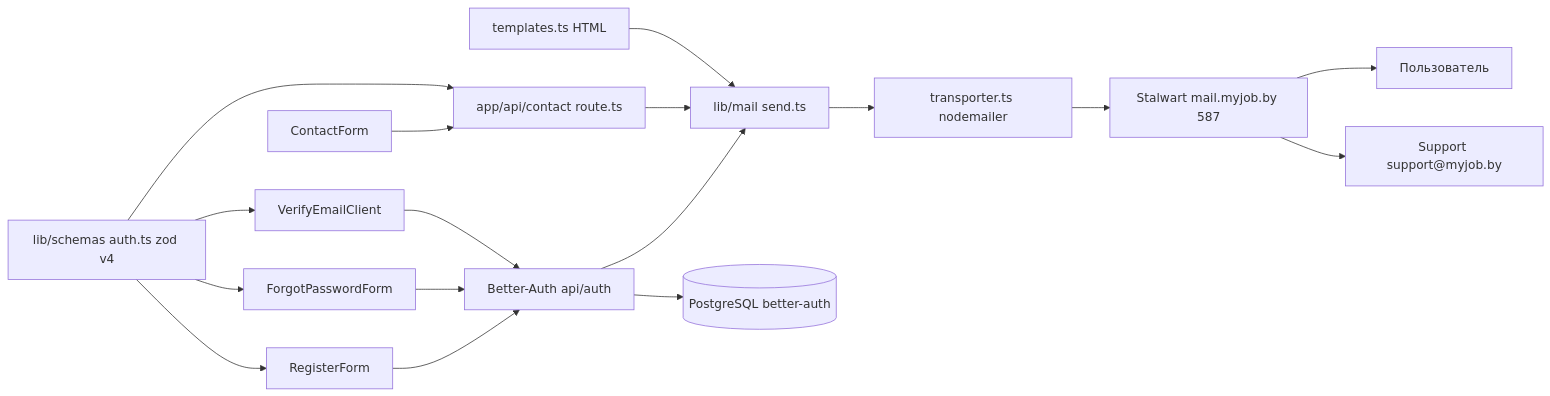
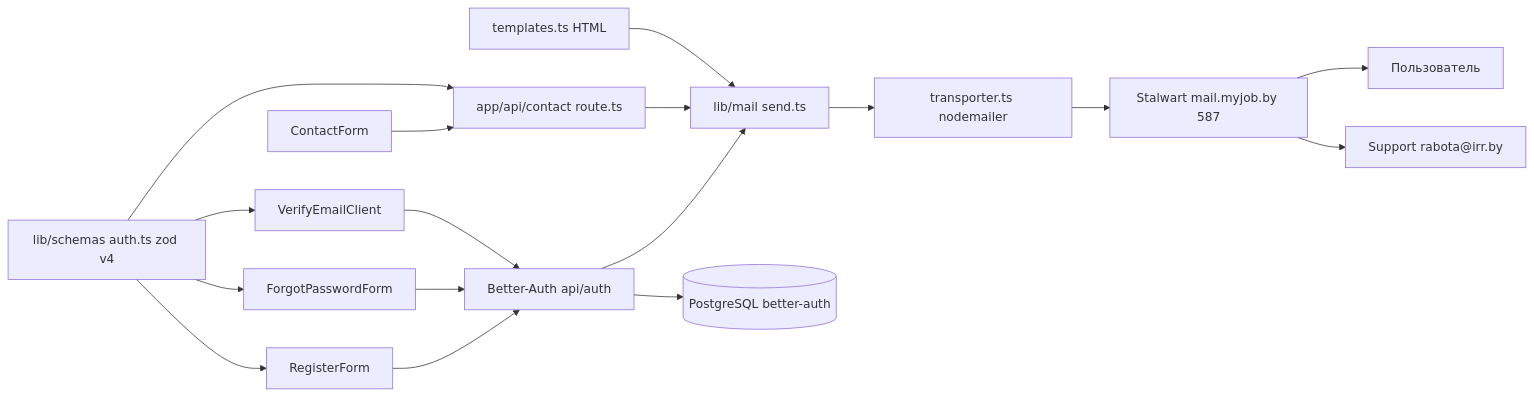
The diagram in plans/email-smtp-forms-plan.md (SebastianoFereiro/myjob), drawn with Mermaid before and after one commit. The commit also changed other lines of this file and 11 other files, not shown here.

````diff
--- a/plans/email-smtp-forms-plan.md
+++ b/plans/email-smtp-forms-plan.md
@@ -26,19 +26,19 @@
 ```mermaid
 graph LR
     F1[RegisterForm] --> BA[Better-Auth api/auth]
     F2[ForgotPasswordForm] --> BA
     F3[VerifyEmailClient] --> BA
     BA --> ML[lib/mail send.ts]
     BA --> DB[(PostgreSQL better-auth)]
     CF[ContactForm] --> API[app/api/contact route.ts]
     API --> ML
     ML --> TR[transporter.ts nodemailer]
     TR --> SMTP[Stalwart mail.myjob.by 587]
     SMTP --> U[Пользователь]
-    SMTP --> S[Support support@myjob.by]
+    SMTP --> S[Support rabota@irr.by]
     TS[templates.ts HTML] --> ML
     Z[lib/schemas auth.ts zod v4] --> F1
     Z --> F2
     Z --> F3
     Z --> API
 ```
````
